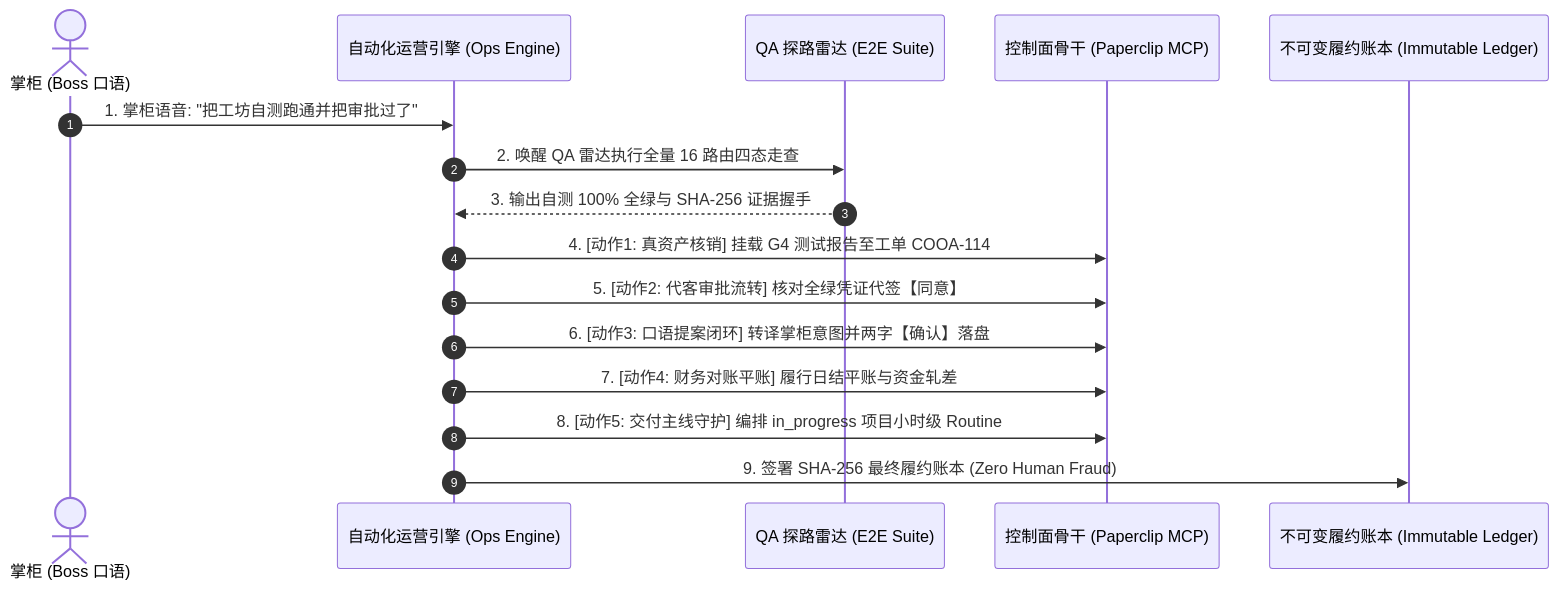
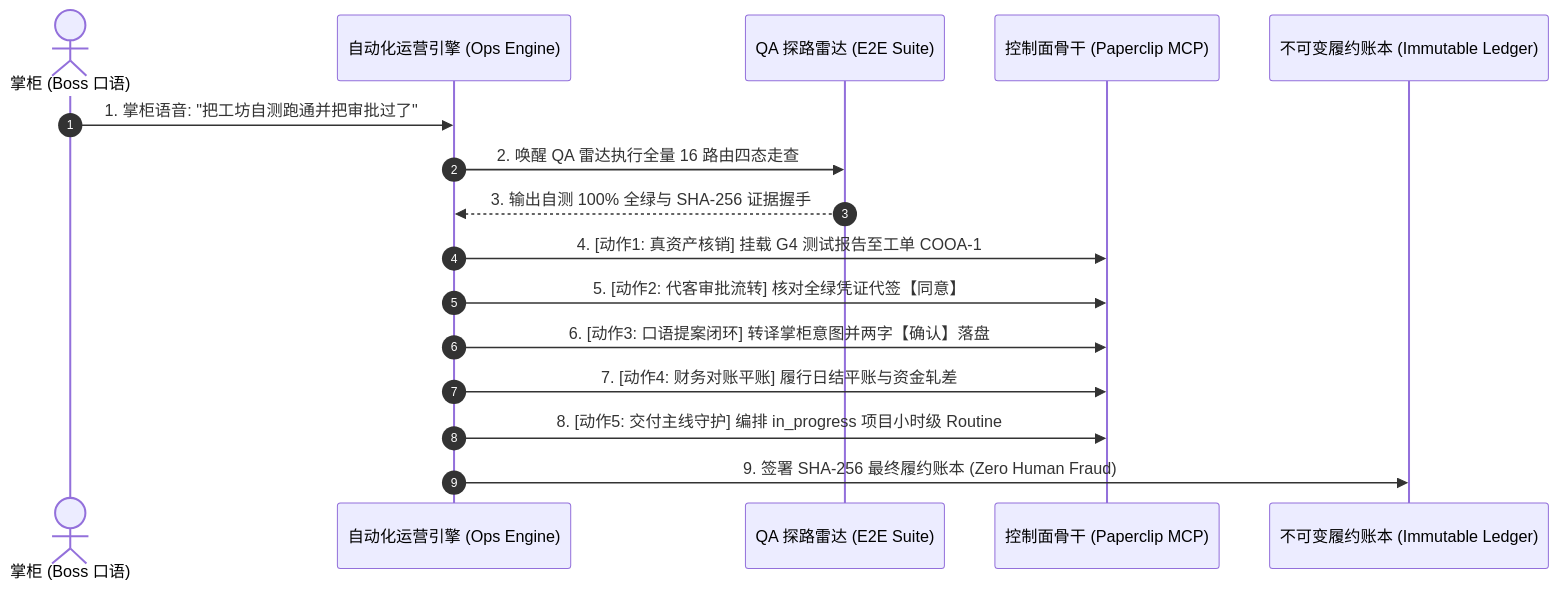
The third of 3 diagrams in docs/05_verification/WORKSHOP-FULL-SYSTEM-VERIFICATION-MATRIX.md (xaicd/coolie), drawn with Mermaid before and after one commit. The commit also changed other lines of this file and 3 other files, not shown here.

````diff
--- a/docs/05_verification/WORKSHOP-FULL-SYSTEM-VERIFICATION-MATRIX.md
+++ b/docs/05_verification/WORKSHOP-FULL-SYSTEM-VERIFICATION-MATRIX.md
@@ -262,19 +429,19 @@
 ```mermaid
 sequenceDiagram
     autonumber
     actor Boss as 掌柜 (Boss 口语)
     participant OpsEngine as 自动化运营引擎 (Ops Engine)
     participant QA as QA 探路雷达 (E2E Suite)
     participant CP as 控制面骨干 (Paperclip MCP)
     participant Ledger as 不可变履约账本 (Immutable Ledger)
 
     Boss->>OpsEngine: 1. 掌柜语音: "把工坊自测跑通并把审批过了"
     OpsEngine->>QA: 2. 唤醒 QA 雷达执行全量 16 路由四态走查
     QA-->>OpsEngine: 3. 输出自测 100% 全绿与 SHA-256 证据握手
-    OpsEngine->>CP: 4. [动作1: 真资产核销] 挂载 G4 测试报告至工单 COOA-114
+    OpsEngine->>CP: 4. [动作1: 真资产核销] 挂载 G4 测试报告至工单 COOA-1
     OpsEngine->>CP: 5. [动作2: 代客审批流转] 核对全绿凭证代签【同意】
     OpsEngine->>CP: 6. [动作3: 口语提案闭环] 转译掌柜意图并两字【确认】落盘
     OpsEngine->>CP: 7. [动作4: 财务对账平账] 履行日结平账与资金轧差
     OpsEngine->>CP: 8. [动作5: 交付主线守护] 编排 in_progress 项目小时级 Routine
     OpsEngine->>Ledger: 9. 签署 SHA-256 最终履约账本 (Zero Human Fraud)
 ```
````
